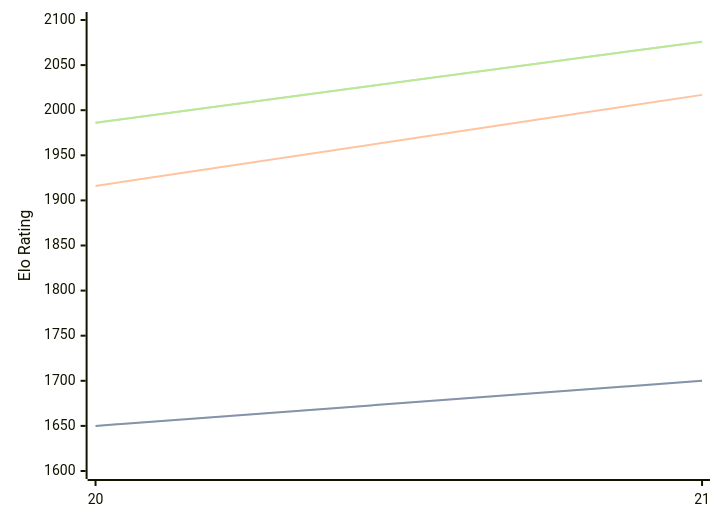
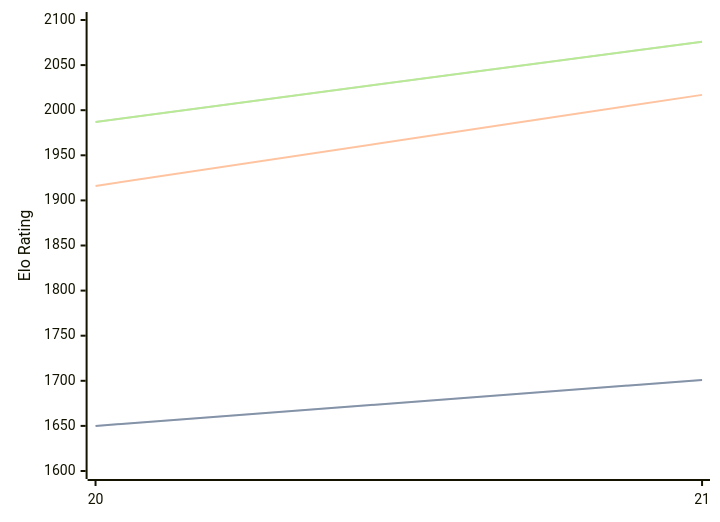
The diagram in engines/PurplePanda.md (computer-chess-index/cci), drawn with Mermaid before and after one commit. The commit also changed other lines of this file, not shown here.

Commit message:
Update CCI Ratings (ELO VLTC) - 2026-10-03

````diff
--- a/engines/PurplePanda.md
+++ b/engines/PurplePanda.md
@@ -32,11 +32,11 @@
 ```mermaid
 %%{init: {"theme":"base","themeVariables":{"seriesColors:['#a3a3a3','#222221','#faa371']}}}%%
 xychart-beta
   x-axis ["20", "21"]
   y-axis "Elo Rating" 1600 --> 2100
-  line "" [1650, 1700]
-  line "STC (8.0+0.08s)" [1650, 1700]
+  line "" [1650, 1701]
+  line "STC (8.0+0.08s)" [1650, 1701]
   line "LTC (60.0+0.60s)" [1916, 2017]
-  line "" [1986, 2076]
-  line "VLTC (2m24s+1.12s)" [1986, 2076]
+  line "" [1987, 2076]
+  line "VLTC (2m24s+1.12s)" [1987, 2076]
 ```
````
